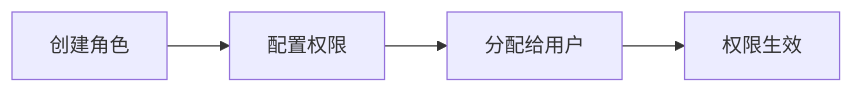
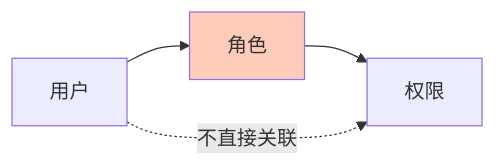
One commit to henryzhuhr/iam changed the first of 3 diagrams in docs/REFERENCES/permission-models.md. Above: the diagram before and after it, drawn with Mermaid. The commit also changed other lines of this file, not shown here.

````diff
--- a/docs/REFERENCES/permission-models.md
+++ b/docs/REFERENCES/permission-models.md
@@ -262,6 +128,9 @@
 ```mermaid
 flowchart LR
-    A[创建角色] --> B[配置权限]
-    B --> C[分配给用户]
-    C --> D[权限生效]
+    User[用户] --> Role[角色]
+    Role --> Perm[权限]
+    
+    User -.->|不直接关联 | Perm
+
+    style Role fill:#ffccbc
 ```
````
